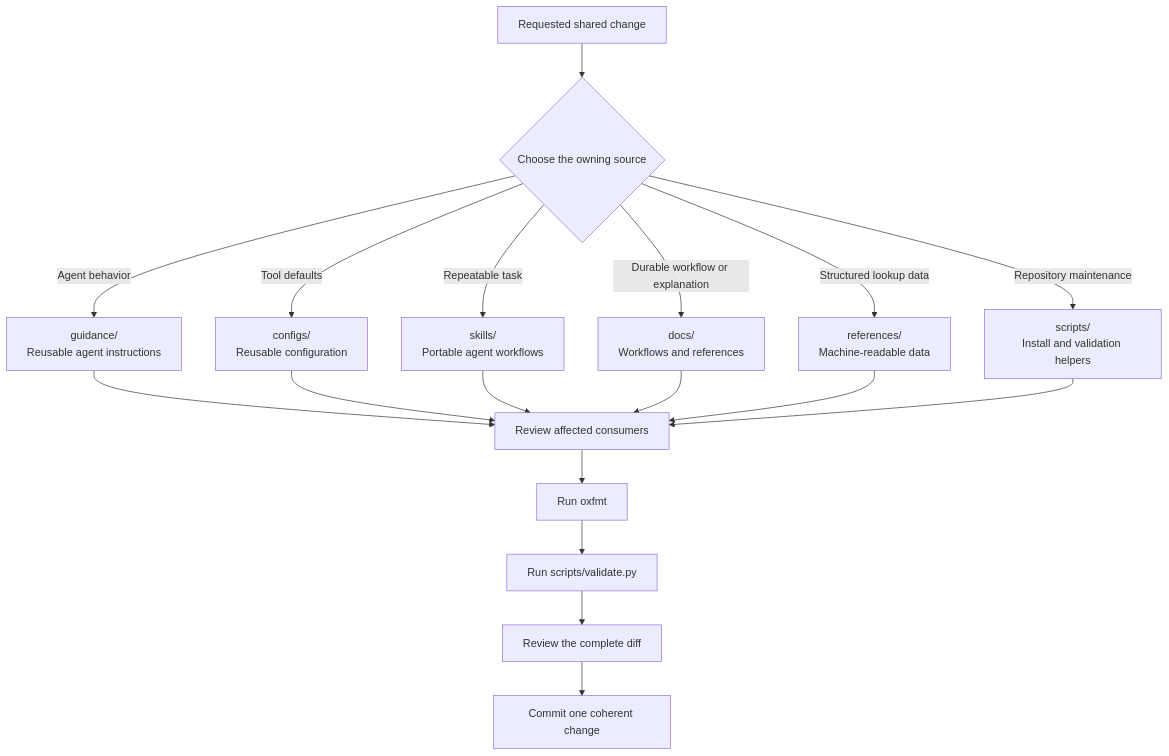
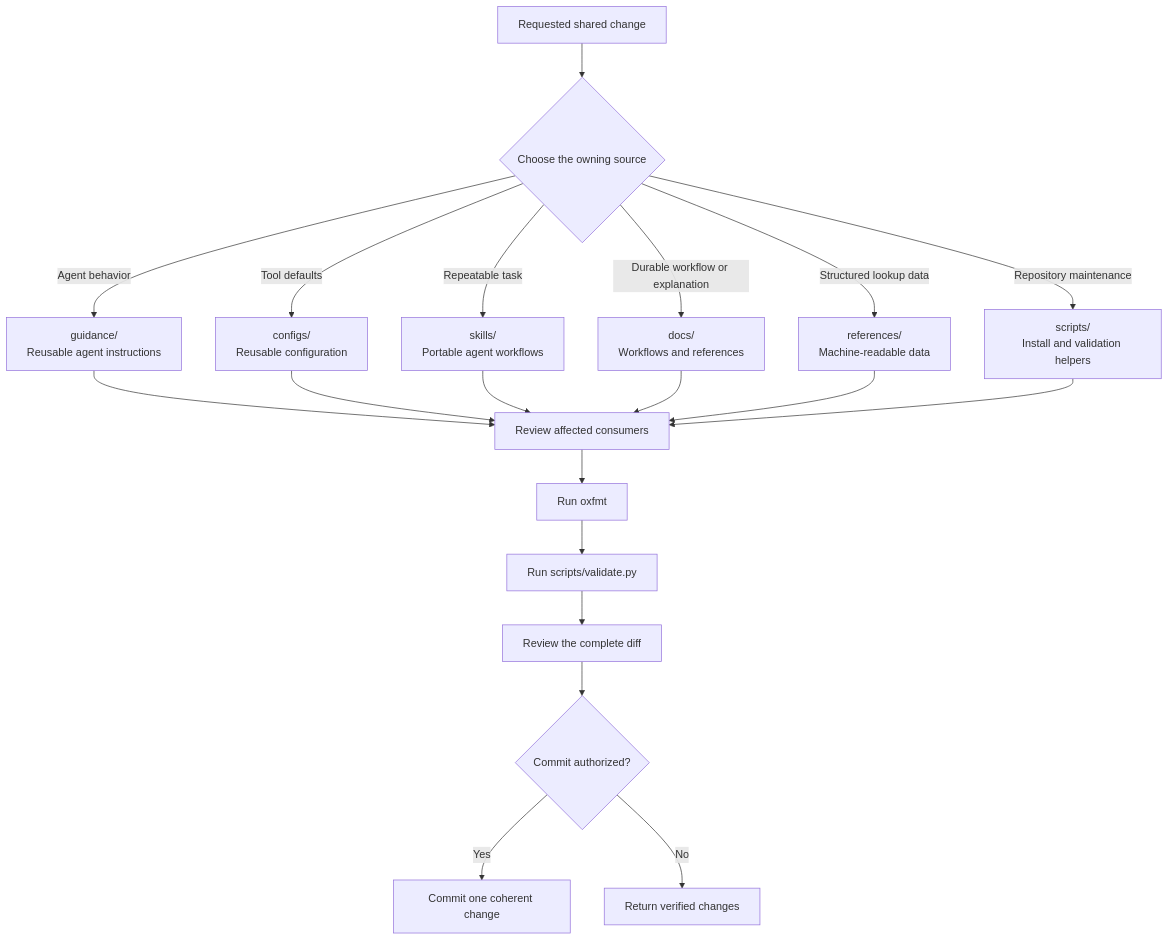
Before and after one commit to luastoned/code-kit: the first of 2 diagrams in docs/repository-flow.md, drawn with Mermaid. The commit also changed other lines of this file and 12 other files, not shown here.

````diff
--- a/docs/repository-flow.md
+++ b/docs/repository-flow.md
@@ -7,23 +7,25 @@
 ```mermaid
 flowchart TD
   request["Requested shared change"] --> owner{"Choose the owning source"}
 
   owner -->|Agent behavior| guidance["guidance/<br/>Reusable agent instructions"]
   owner -->|Tool defaults| configs["configs/<br/>Reusable configuration"]
   owner -->|Repeatable task| skills["skills/<br/>Portable agent workflows"]
   owner -->|Durable workflow or explanation| docs["docs/<br/>Workflows and references"]
   owner -->|Structured lookup data| references["references/<br/>Machine-readable data"]
   owner -->|Repository maintenance| scripts["scripts/<br/>Install and validation helpers"]
 
   guidance --> review["Review affected consumers"]
   configs --> review
   skills --> review
   docs --> review
   references --> review
   scripts --> review
 
   review --> format["Run oxfmt"]
   format --> validate["Run scripts/validate.py"]
   validate --> diff["Review the complete diff"]
-  diff --> commit["Commit one coherent change"]
+  diff --> authorized{"Commit authorized?"}
+  authorized -->|Yes| commit["Commit one coherent change"]
+  authorized -->|No| handoff["Return verified changes"]
 ```
````
